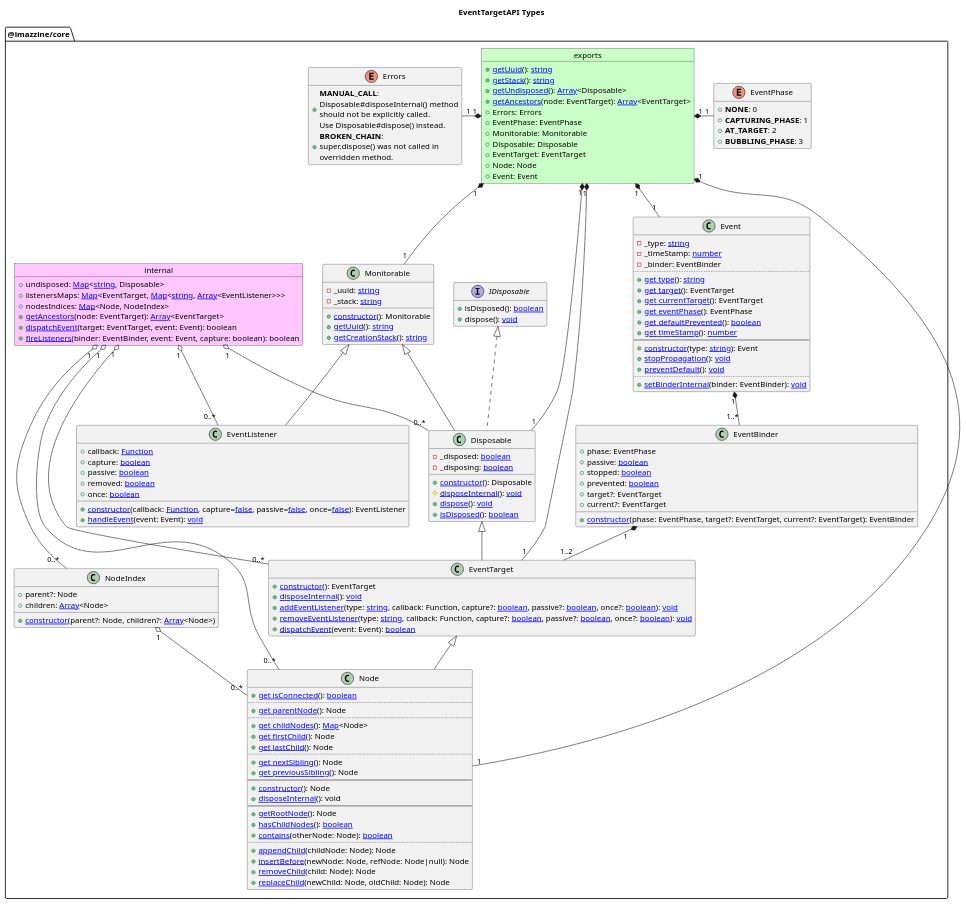
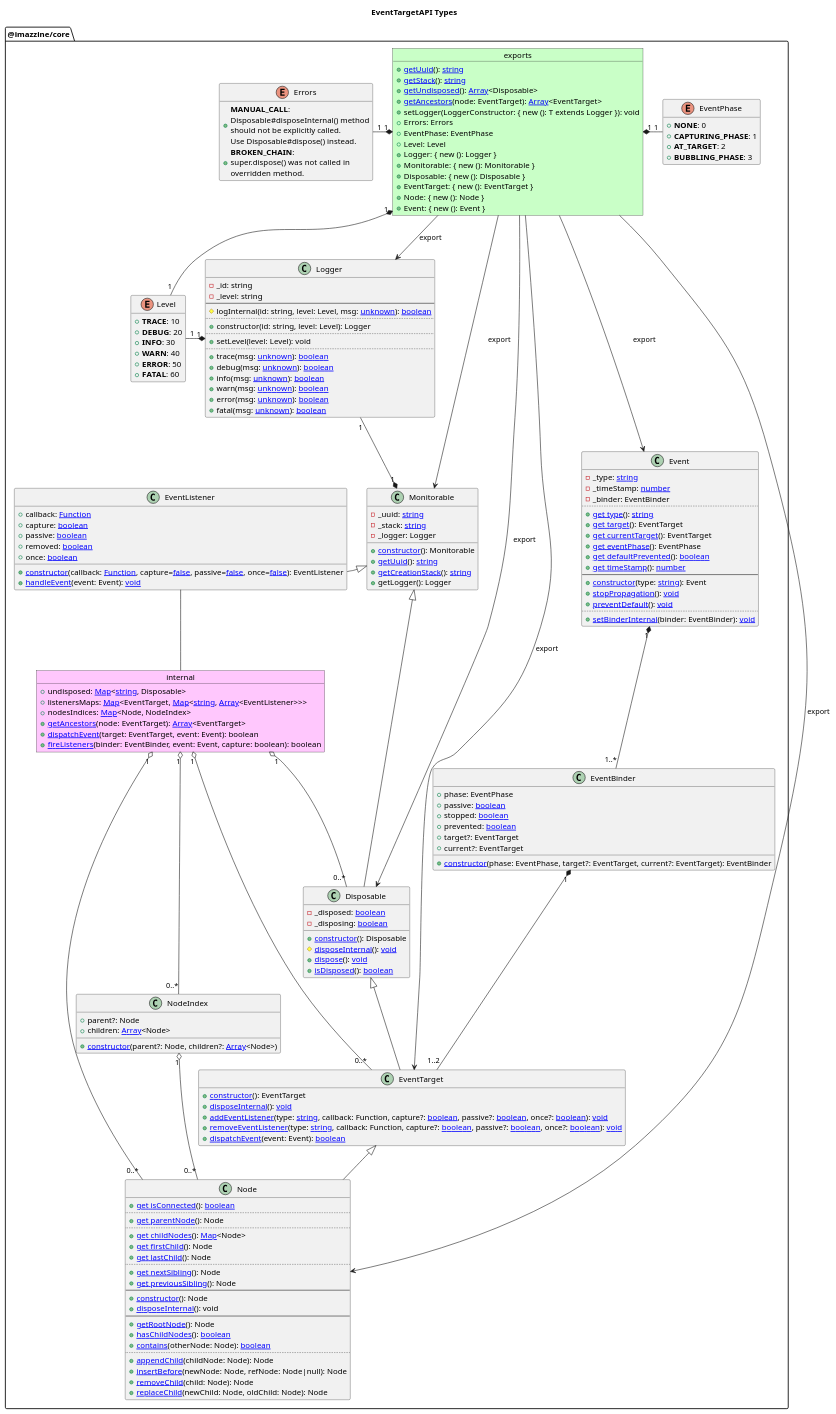
One commit to imazzine/imazzine.github.io changed the first of 50 diagrams in _uml/puml/EventTargetAPI.puml. Above: the diagram before and after it, drawn with PlantUML. The commit also changed 52 other files, not shown here.

```diff
--- a/_uml/puml/EventTargetAPI.puml
+++ b/_uml/puml/EventTargetAPI.puml
@@ -6,49 +6,6 @@
     hide empty attributes
 
     title EventTargetAPI Types
-    ' package "https://dom.spec.whatwg.org/#events" as whatwg [[https://dom.spec.whatwg.org/#events]] {
-    '     interface "EventTarget" as IEventTarget [[https://dom.spec.whatwg.org/#eventtarget]] {
-    '         +constructor(): EventTarget
-    '         +addEventListener(type: string, callback?: EventListener, capture?: boolean, passive?: boolean, once?: boolean): void
-    '         +removeEventListener(type: string, callback?: EventListener, capture?: boolean, passive?: boolean, once?: boolean): void
-    '         +dispatchEvent(event: Event): boolean
-    '     }
-
-    '     interface "EventListener" as IEventListener [[https://dom.spec.whatwg.org/#callbackdef-eventlistener]] {
-    '         +handleEvent(event: Event): void
-    '     }
-    '     IEventListener <-- IEventTarget: use 
-
-    '     interface "Event" as IEvent [[https://dom.spec.whatwg.org/#event]] {
-    '         +readonly type: string
-    '         +readonly target?: EventTarget
-    '         +readonly currentTarget?: EventTarget
-    '         +readonly eventPhase: EventPhase
-    '         +readonly bubbles: boolean
-    '         +readonly cancelable: boolean
-    '         +readonly defaultPrevented: boolean
-    '         +readonly composed: boolean
-    '         +readonly timeStamp: DOMHighResTimeStamp
-    '         ' [Unforgeable] readonly attribute boolean isTrusted;
-
-    '         +constructor(type: string, eventInitDict?: EventInit): Event
-    '         +composedPath(): Array<EventTarget>
-    '         +stopPropagation(): void
-    '         +stopImmediatePropagation(): void
-    '         +preventDefault(): void
-    '     }
-    '     IEvent --* IEventTarget
-    ' }
-
-    ' package "uuid@^7" as UuidPackage [[https://www.npmjs.com/package/uuid]] {
-    '     object "exports" as UuidPackageExports {
-    '         +v1(options?: Object, buffer?: Buffer, offset?: Number): string|Buffer
-    '         +v4(options?: Object, buffer?: Buffer, offset?: Number): string|Buffer
-    '         +v3(name: string, namespace: string, buffer?: Buffer, offset?: string): string|Buffer
-    '         +v5(name: string, namespace: string, buffer?: Buffer, offset?: string): string|Buffer
-    '     }
-    ' }
-
     package "@imazzine/core" as ImazzineCorePackage {
 
         object internal #ffc7fd {
@@ -65,13 +22,16 @@
             +[[./Definition_exports.getStack.svg getStack]](): [[https://developer.mozilla.org/en-US/docs/Web/JavaScript/Reference/Global_Objects/String string]]
             +[[./Definition_exports.getUndisposed.svg getUndisposed]](): [[https://developer.mozilla.org/en-US/docs/Web/JavaScript/Reference/Global_Objects/Array Array]]<Disposable>
             +[[./Definition_exports.getAncestors.svg getAncestors]](node: EventTarget): [[https://developer.mozilla.org/en-US/docs/Web/JavaScript/Reference/Global_Objects/Array Array]]<EventTarget>
+            +setLogger(LoggerConstructor: { new (): T extends Logger }): void
             +Errors: Errors
             +EventPhase: EventPhase
-            +Monitorable: Monitorable
-            +Disposable: Disposable
-            +EventTarget: EventTarget
-            +Node: Node
-            +Event: Event
+            +Level: Level
+            +Logger: { new (): Logger }
+            +Monitorable: { new (): Monitorable }
+            +Disposable: { new (): Disposable }
+            +EventTarget: { new (): EventTarget }
+            +Node: { new (): Node }
+            +Event: { new (): Event }
         }
 
         enum "Errors" as ImazzineCorePackageErrors {
@@ -87,22 +47,50 @@
             +<b>BUBBLING_PHASE</b>: 3
         }
         ImazzineCorePackageExports "1" *- "1" EventPhase
+
+        enum Level {
+            +<b>TRACE</b>: 10
+            +<b>DEBUG</b>: 20
+            +<b>INFO</b>: 30
+            +<b>WARN</b>: 40
+            +<b>ERROR</b>: 50
+            +<b>FATAL</b>: 60
+        }
+        ImazzineCorePackageExports "1" *-- "1" Level
+
+        class Logger {
+            -_id: string
+            -_level: string
+            --
+            #logInternal(id: string, level: Level, msg: [[https://www.typescriptlang.org/docs/handbook/2/functions.html#unknown unknown]]): [[https://developer.mozilla.org/en-US/docs/Web/JavaScript/Reference/Global_Objects/Boolean boolean]]
+            ..
+            +constructor(id: string, level: Level): Logger
+            ..
+            +setLevel(level: Level): void
+            ..
+            +trace(msg: [[https://www.typescriptlang.org/docs/handbook/2/functions.html#unknown unknown]]): [[https://developer.mozilla.org/en-US/docs/Web/JavaScript/Reference/Global_Objects/Boolean boolean]]
+            +debug(msg: [[https://www.typescriptlang.org/docs/handbook/2/functions.html#unknown unknown]]): [[https://developer.mozilla.org/en-US/docs/Web/JavaScript/Reference/Global_Objects/Boolean boolean]]
+            +info(msg: [[https://www.typescriptlang.org/docs/handbook/2/functions.html#unknown unknown]]): [[https://developer.mozilla.org/en-US/docs/Web/JavaScript/Reference/Global_Objects/Boolean boolean]]
+            +warn(msg: [[https://www.typescriptlang.org/docs/handbook/2/functions.html#unknown unknown]]): [[https://developer.mozilla.org/en-US/docs/Web/JavaScript/Reference/Global_Objects/Boolean boolean]]
+            +error(msg: [[https://www.typescriptlang.org/docs/handbook/2/functions.html#unknown unknown]]): [[https://developer.mozilla.org/en-US/docs/Web/JavaScript/Reference/Global_Objects/Boolean boolean]]
+            +fatal(msg: [[https://www.typescriptlang.org/docs/handbook/2/functions.html#unknown unknown]]): [[https://developer.mozilla.org/en-US/docs/Web/JavaScript/Reference/Global_Objects/Boolean boolean]]
+        }
+        ImazzineCorePackageExports --> Logger : export
+        Level "1" -* "1" Logger
         
         class Monitorable {
             -_uuid: [[https://developer.mozilla.org/en-US/docs/Web/JavaScript/Reference/Global_Objects/String string]]
             -_stack: [[https://developer.mozilla.org/en-US/docs/Web/JavaScript/Reference/Global_Objects/String string]]
+            -_logger: Logger
             +[[./Definition_Monitorable.constructor.svg constructor]](): Monitorable
             +[[./Definition_Monitorable.getUuid.svg getUuid]](): [[https://developer.mozilla.org/en-US/docs/Web/JavaScript/Reference/Global_Objects/String string]]
             +[[./Definition_Monitorable.getCreationStack.svg getCreationStack]](): [[https://developer.mozilla.org/en-US/docs/Web/JavaScript/Reference/Global_Objects/String string]]
+            +getLogger(): Logger
         }
-        ImazzineCorePackageExports "1" *-- "1" Monitorable
+        ImazzineCorePackageExports ---> Monitorable : export
+        Logger "1" -* "1" Monitorable
 
-        interface IDisposable {
-            +isDisposed(): [[https://developer.mozilla.org/en-US/docs/Web/JavaScript/Reference/Global_Objects/Boolean boolean]]
-            +dispose(): [[https://developer.mozilla.org/en-US/docs/Web/JavaScript/Reference/Operators/void void]]
-        }
-
-        class Disposable extends Monitorable implements IDisposable {
+        class Disposable extends Monitorable {
             -_disposed: [[https://developer.mozilla.org/en-US/docs/Web/JavaScript/Reference/Global_Objects/Boolean boolean]]
             -_disposing: [[https://developer.mozilla.org/en-US/docs/Web/JavaScript/Reference/Global_Objects/Boolean boolean]]
             +[[./Definition_Disposable.constructor.svg constructor]](): Disposable
@@ -111,7 +99,7 @@
             +[[./Definition_Disposable.isDisposed.svg isDisposed]](): [[https://developer.mozilla.org/en-US/docs/Web/JavaScript/Reference/Global_Objects/Boolean boolean]]
         }
         internal "1" o-- "0..*" Disposable
-        ImazzineCorePackageExports "1" *-- "1" Disposable
+        ImazzineCorePackageExports --> Disposable : export
 
         class EventListener extends Monitorable {
             +callback: [[https://developer.mozilla.org/en-US/docs/Web/JavaScript/Reference/Global_Objects/Function Function]]
@@ -122,7 +110,9 @@
             +[[./Definition_EventListener.constructor.svg constructor]](callback: [[https://developer.mozilla.org/en-US/docs/Web/JavaScript/Reference/Global_Objects/Function Function]], capture=[[https://developer.mozilla.org/en-US/docs/Web/JavaScript/Reference/Global_Objects/Boolean false]], passive=[[https://developer.mozilla.org/en-US/docs/Web/JavaScript/Reference/Global_Objects/Boolean false]], once=[[https://developer.mozilla.org/en-US/docs/Web/JavaScript/Reference/Global_Objects/Boolean false]]): EventListener
             +[[./Definition_EventListener.handleEvent.svg handleEvent]](event: Event): [[https://developer.mozilla.org/en-US/docs/Web/JavaScript/Reference/Operators/void void]]
         }
-        internal "1" o-- "0..*" EventListener
+        ' internal "1" o-- "0..*" EventListener
+        EventListener -- internal
+        EventListener -[hidden] Monitorable
 
         class EventTarget extends Disposable {
             +[[./Definition_EventTarget.constructor.svg constructor]](): EventTarget
@@ -132,7 +122,7 @@
             +[[./Definition_EventTarget.dispatchEvent.svg dispatchEvent]](event: Event): [[https://developer.mozilla.org/en-US/docs/Web/JavaScript/Reference/Global_Objects/Boolean boolean]]
         }
         internal "1" o-- "0..*" EventTarget
-        ImazzineCorePackageExports "1" *-- "1" EventTarget
+        ImazzineCorePackageExports --> EventTarget : export
 
         class EventBinder {
             +phase: EventPhase
@@ -164,7 +154,7 @@
             +[[./Definition_Event.setBinderInternal.svg setBinderInternal]](binder: EventBinder): [[https://developer.mozilla.org/en-US/docs/Web/JavaScript/Reference/Operators/void void]]
         }
         Event "1" *-- "1..*" EventBinder
-        ImazzineCorePackageExports "1" *-- "1" Event
+        ImazzineCorePackageExports ---> Event : export
 
         class Node extends EventTarget {
             +[[./Definition_Node.isConnected.svg get isConnected]](): [[https://developer.mozilla.org/en-US/docs/Web/JavaScript/Reference/Global_Objects/Boolean boolean]]
@@ -191,7 +181,7 @@
             +[[./Definition_Node.replaceChild.svg replaceChild]](newChild: Node, oldChild: Node): Node
         }
         internal "1" o-- "0..*" Node
-        ImazzineCorePackageExports "1" *-- "1" Node
+        ImazzineCorePackageExports --> Node : export
 
         class NodeIndex {
             +parent?: Node
```
